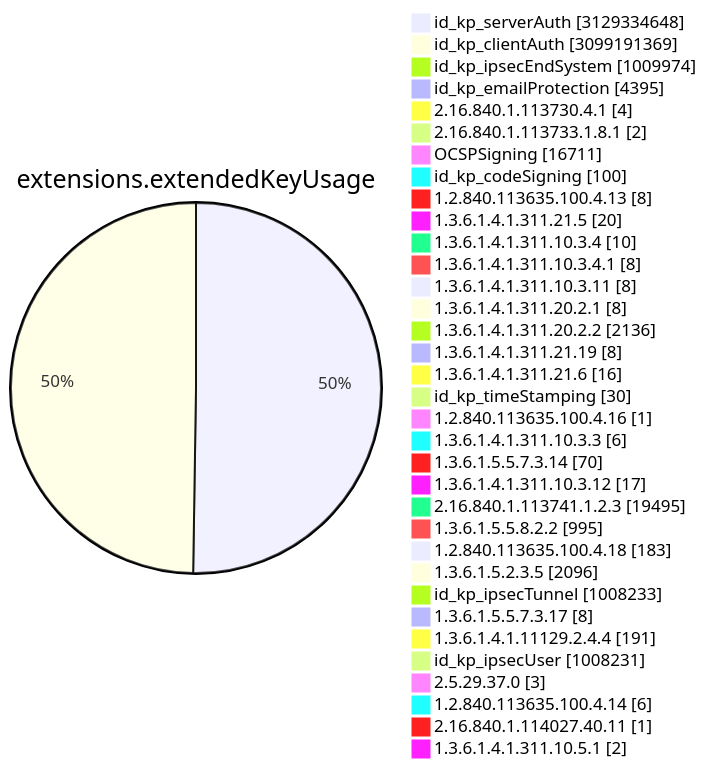
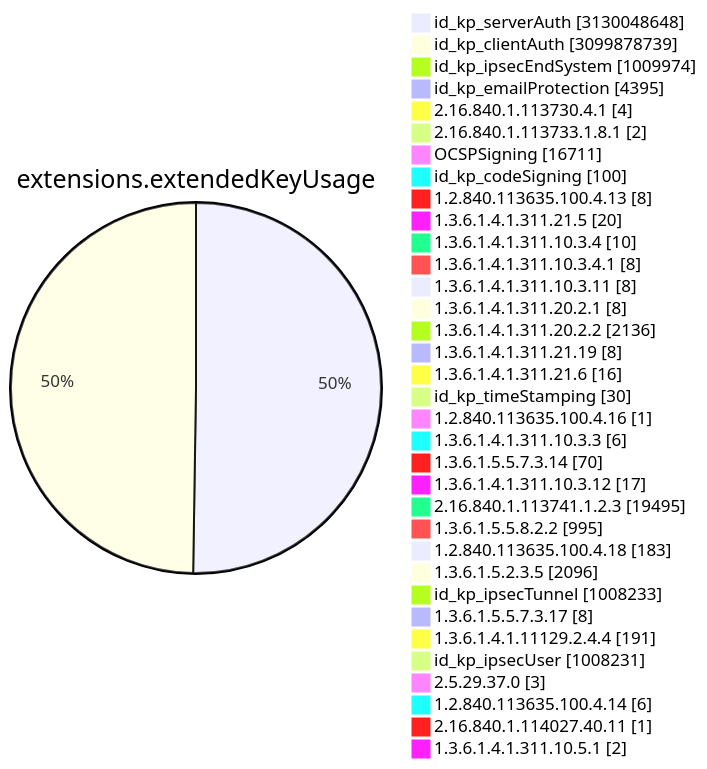
One commit to christiankrug/ctmonitor_visualization changed diagram 11 of 15 in TOTAL/README.md. Above: the diagram before and after it, drawn with Mermaid. The commit also changed other lines of this file, not shown here.

````diff
--- a/TOTAL/README.md
+++ b/TOTAL/README.md
@@ -4119,38 +4119,38 @@
 ```mermaid
 pie showData
 title extensions.extendedKeyUsage
-"id_kp_serverAuth" :3129334648
-"id_kp_clientAuth" :3099191369
+"id_kp_serverAuth" :3130048648
+"id_kp_clientAuth" :3099878739
 "id_kp_ipsecEndSystem" :1009974
 "id_kp_emailProtection" :4395
 "2.16.840.1.113730.4.1" :4
 "2.16.840.1.113733.1.8.1" :2
 "OCSPSigning" :16711
 "id_kp_codeSigning" :100
 "1.2.840.113635.100.4.13" :8
 "1.3.6.1.4.1.311.21.5" :20
 "1.3.6.1.4.1.311.10.3.4" :10
 "1.3.6.1.4.1.311.10.3.4.1" :8
 "1.3.6.1.4.1.311.10.3.11" :8
 "1.3.6.1.4.1.311.20.2.1" :8
 "1.3.6.1.4.1.311.20.2.2" :2136
 "1.3.6.1.4.1.311.21.19" :8
 "1.3.6.1.4.1.311.21.6" :16
 "id_kp_timeStamping" :30
 "1.2.840.113635.100.4.16" :1
 "1.3.6.1.4.1.311.10.3.3" :6
 "1.3.6.1.5.5.7.3.14" :70
 "1.3.6.1.4.1.311.10.3.12" :17
 "2.16.840.1.113741.1.2.3" :19495
 "1.3.6.1.5.5.8.2.2" :995
 "1.2.840.113635.100.4.18" :183
 "1.3.6.1.5.2.3.5" :2096
 "id_kp_ipsecTunnel" :1008233
 "1.3.6.1.5.5.7.3.17" :8
 "1.3.6.1.4.1.11129.2.4.4" :191
 "id_kp_ipsecUser" :1008231
 "2.5.29.37.0" :3
 "1.2.840.113635.100.4.14" :6
 "2.16.840.1.114027.40.11" :1
 "1.3.6.1.4.1.311.10.5.1" :2
 ```
````
